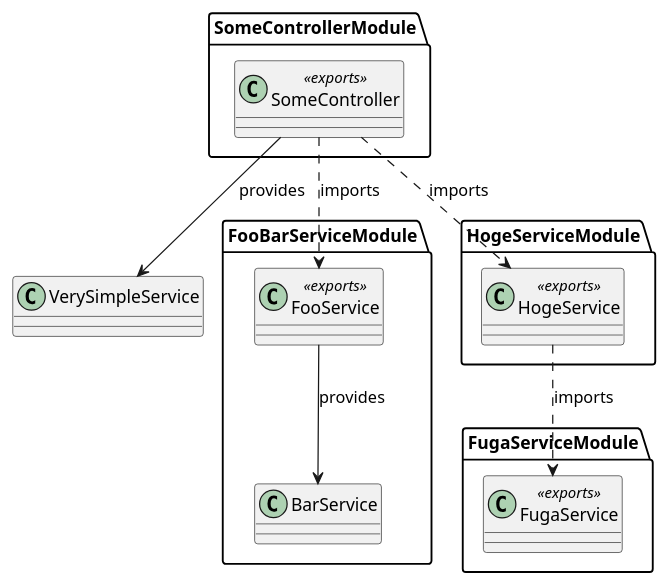
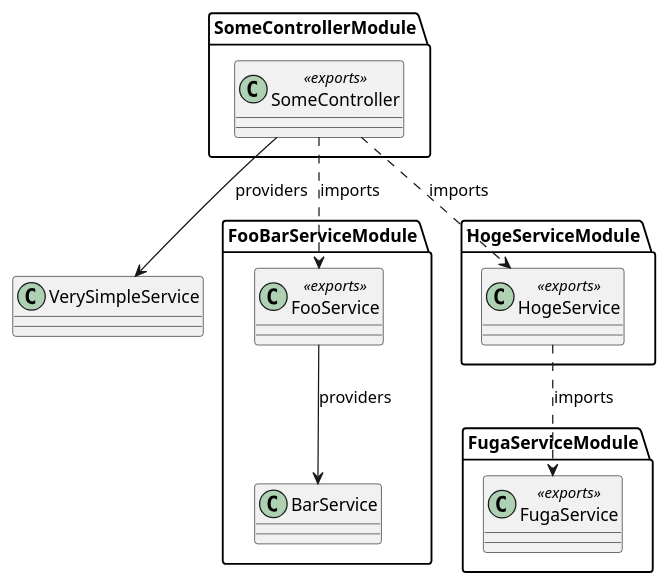
One commit to KentarouTakeda/blog changed the fifth of 7 diagrams in source/_posts/2024-05-09-nestjs-module-system-best-plactice.md. Above: the diagram before and after it, drawn with PlantUML. The commit also changed other lines of this file, not shown here.

Commit message:
`provides` を `providers` に指定し前後の表現を調整

````diff
--- a/source/_posts/2024-05-09-nestjs-module-system-best-plactice.md
+++ b/source/_posts/2024-05-09-nestjs-module-system-best-plactice.md
@@ -298,28 +298,28 @@
 ```plantuml
 package SomeControllerModule {
   class SomeController <<exports>>
 }
 
 package FooBarServiceModule {
   class FooService <<exports>>
   class BarService
 
-  FooService -d-> BarService : provides
+  FooService -d-> BarService : providers
 }
 
 package HogeServiceModule {
   class HogeService <<exports>>
 }
 
 package FugaServiceModule {
   class FugaService <<exports>>
 }
 
 class VerySimpleService
 
 SomeController .d.> FooService : imports
 SomeController .d.> HogeService : imports
-SomeController -d-> VerySimpleService : provides
+SomeController -d-> VerySimpleService : providers
 
 HogeService .d.> FugaService : imports
 ```
````
